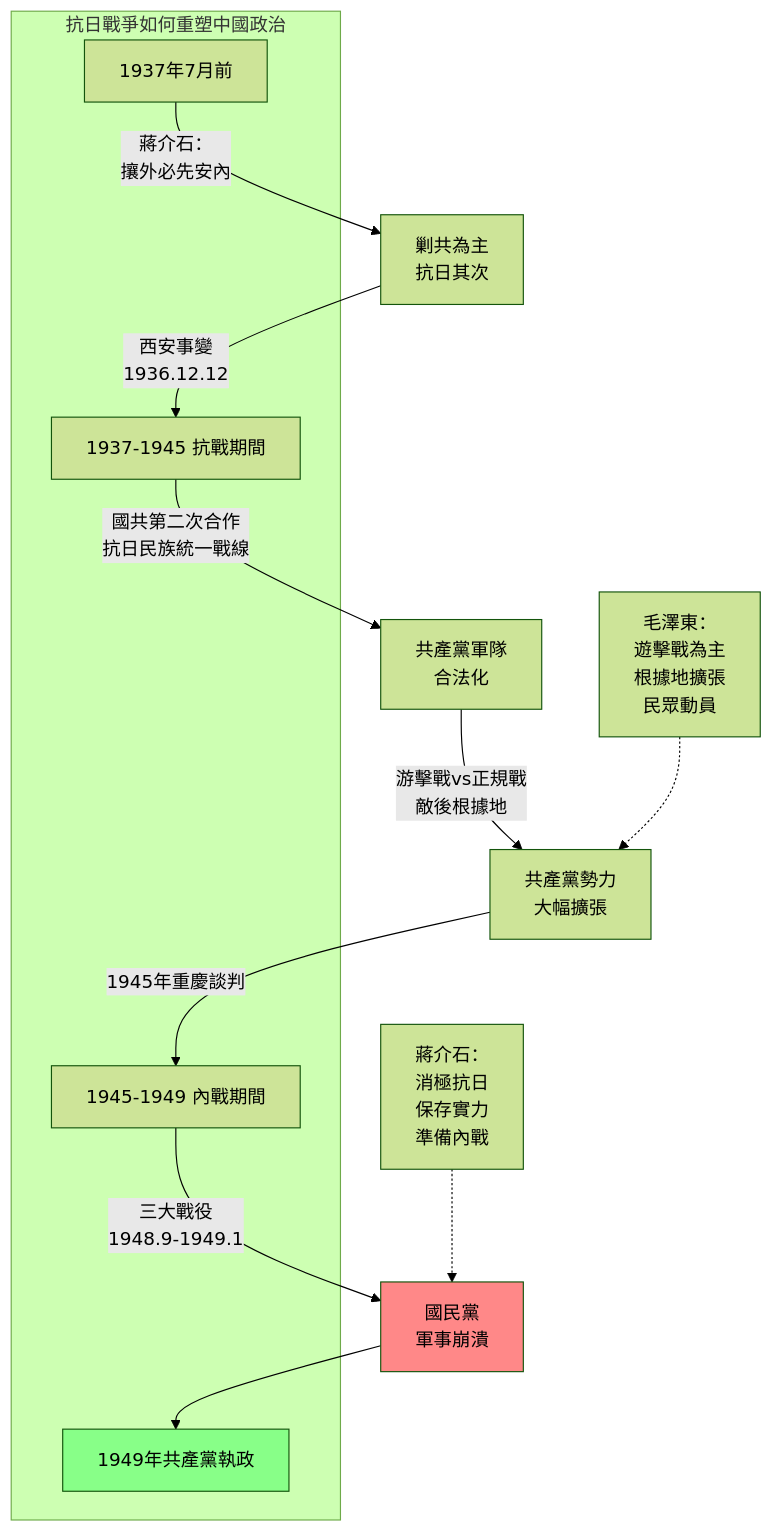
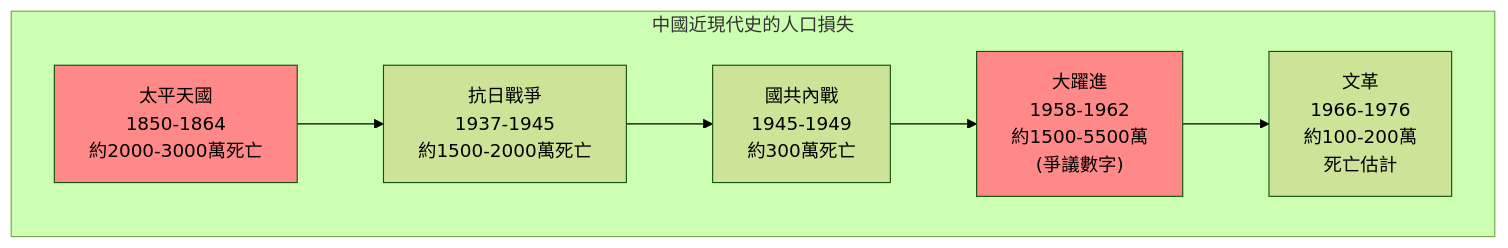
One commit to yip-lgtm/HKU-Harvard-History-Self-Study changed the fourth of 5 diagrams in 02_Harvard_Courses/101_Foundations/Hist38.md. Above: the diagram before and after it, drawn with Mermaid (forest theme). The commit also changed other lines of this file and 65 other files, not shown here.

````diff
--- a/02_Harvard_Courses/101_Foundations/Hist38.md
+++ b/02_Harvard_Courses/101_Foundations/Hist38.md
@@ -259,30 +145,18 @@
 ```mermaid
 graph TD
-    subgraph "抗日戰爭如何重塑中國政治"
-        A["1937年7月前"]
-        B["1937-1945 抗戰期間"]
-        C["1945-1949 內戰期間"]
-        D["1949年共產黨執政"]
+    subgraph "中國近現代史的人口損失"
+        A["太平天國\n1850-1864\n約2000-3000萬死亡"]
+        
+        B["抗日戰爭\n1937-1945\n約1500-2000萬死亡"]
+        
+        C["國共內戰\n1945-1949\n約300萬死亡"]
+        
+        D["大躍進\n1958-1962\n約1500-5500萬\n(爭議數字)"]
+        
+        E["文革\n1966-1976\n約100-200萬\n死亡估計"]
     end
     
-    A -->|"蔣介石：\n攘外必先安內"| A1["剿共為主\n抗日其次"]
-    
-    A1 -->|"西安事變\n1936.12.12"| B
-    B -->|"國共第二次合作\n抗日民族統一戰線"| B1["共產黨軍隊\n合法化"]
-    
-    B1 -->|"游擊戰vs正規戰\n敵後根據地"| B2["共產黨勢力\n大幅擴張"]
-    
-    B2 -->|"1945年重慶談判"| C
-    
-    C -->|"三大戰役\n1948.9-1949.1"| C1["國民黨\n軍事崩潰"]
-    C1 --> D
-    
-    E["蔣介石：\n消極抗日\n保存實力\n準備內戰"]
-    E -.-> C1
-    
-    F["毛澤東：\n遊擊戰為主\n根據地擴張\n民眾動員"]
-    F -.-> B2
-    
-    style D fill:#8f8
-    style C1 fill:#f88
+    A --> B --> C --> D --> E
+    style D fill:#f88
+    style A fill:#f88
 ```
````
